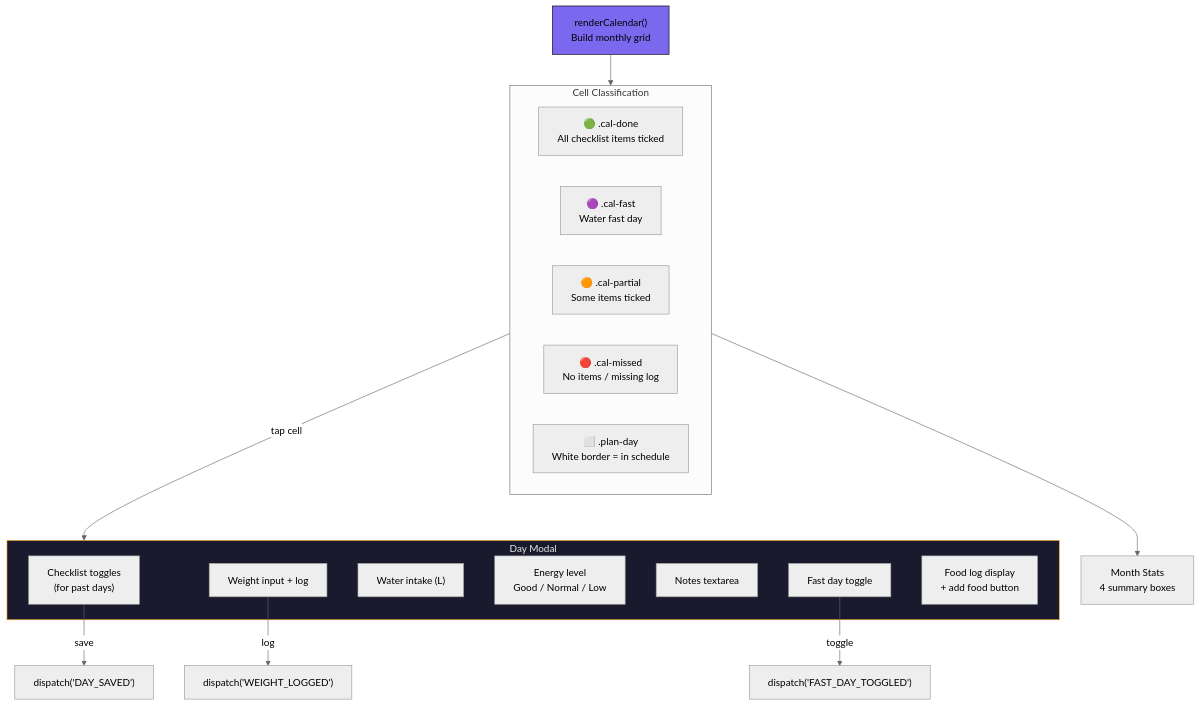
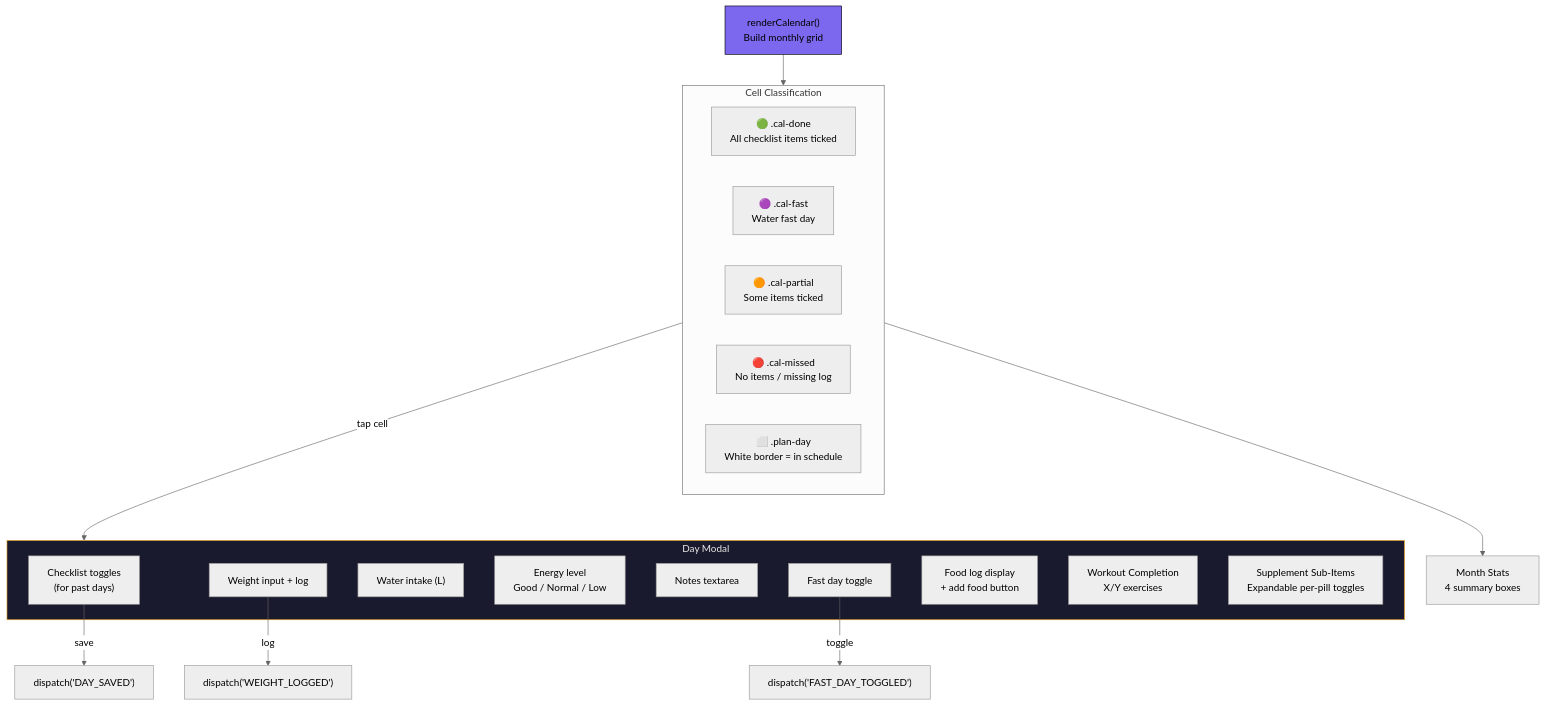
Diagram 15 of 19 in ARCHITECTURE.md (HIRAKHANJI/protocol-health), drawn with Mermaid (neutral theme) before and after one commit. The commit also changed other lines of this file and 4 other files, not shown here.

````diff
--- a/ARCHITECTURE.md
+++ b/ARCHITECTURE.md
@@ -692,33 +792,35 @@
 ```mermaid
 flowchart TD
     RENDER["renderCalendar()<br/>Build monthly grid"] --> CELLS["Color each cell"]
 
     subgraph CELLS["Cell Classification"]
         CL1["🟢 .cal-done<br/>All checklist items ticked"]
         CL2["🟣 .cal-fast<br/>Water fast day"]
         CL3["🟠 .cal-partial<br/>Some items ticked"]
         CL4["🔴 .cal-missed<br/>No items / missing log"]
         CL5["⬜ .plan-day<br/>White border = in schedule"]
     end
 
     CELLS --> STATS["Month Stats<br/>4 summary boxes"]
 
     CELLS -->|"tap cell"| DAY_MODAL["openDayModal(dateStr)"]
 
     subgraph DAY_MODAL["Day Modal"]
         DM1["Checklist toggles<br/>(for past days)"]
         DM2["Weight input + log"]
         DM3["Water intake (L)"]
         DM4["Energy level<br/>Good / Normal / Low"]
         DM5["Notes textarea"]
         DM6["Fast day toggle"]
         DM7["Food log display<br/>+ add food button"]
+        DM8["Workout Completion<br/>X/Y exercises"]
+        DM9["Supplement Sub-Items<br/>Expandable per-pill toggles"]
     end
 
     DM1 -->|"save"| DISPATCH1["dispatch('DAY_SAVED')"]
     DM2 -->|"log"| DISPATCH2["dispatch('WEIGHT_LOGGED')"]
     DM6 -->|"toggle"| DISPATCH3["dispatch('FAST_DAY_TOGGLED')"]
 
     style RENDER fill:#7b68ee,stroke:#000,color:#000
     style DAY_MODAL fill:#1a1a2e,stroke:#f5a623,color:#e8e8e8
 ```
````
